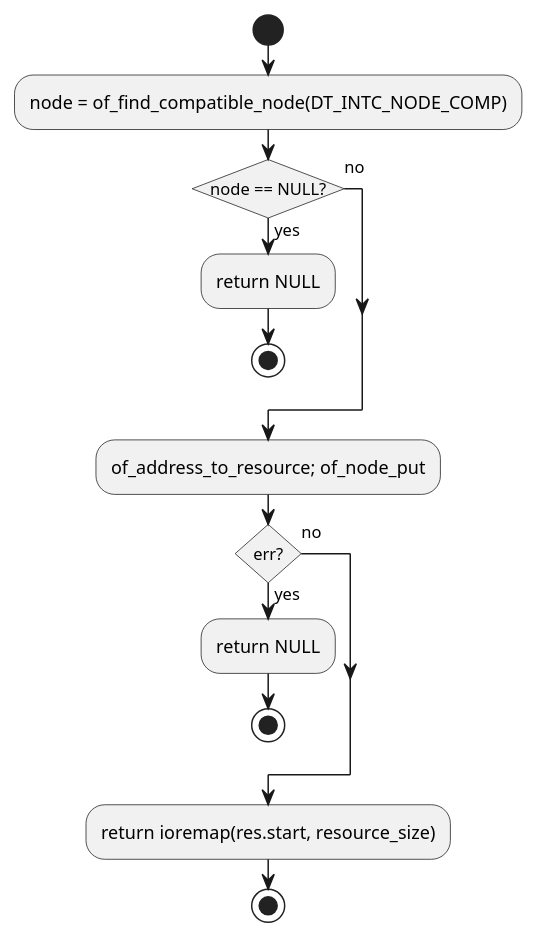
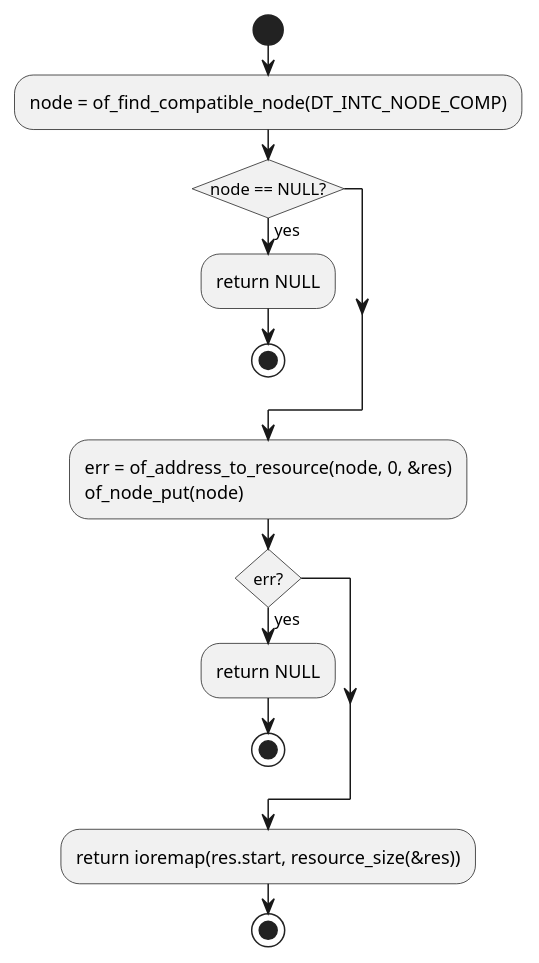
One commit to Mastang1/sad_sdd_proj changed the diagram in c1_sdd_linux-ipcs/cursor_tmp/flow_umls/linux_6_3_7_ipcsOsMapIntc.puml. Above: the diagram before and after it, drawn with PlantUML. The commit also changed 136 other files, not shown here.

```diff
--- a/c1_sdd_linux-ipcs/cursor_tmp/flow_umls/linux_6_3_7_ipcsOsMapIntc.puml
+++ b/c1_sdd_linux-ipcs/cursor_tmp/flow_umls/linux_6_3_7_ipcsOsMapIntc.puml
@@ -1,20 +1,18 @@
 @startuml
 !pragma layout smetana
 skinparam conditionStyle insideDiamond
 skinparam linetype ortho
 start
 :node = of_find_compatible_node(DT_INTC_NODE_COMP);
 if (node == NULL?) then (yes)
   :return NULL;
-  stop
-else (no)
+stop
 endif
-:of_address_to_resource; of_node_put;
+:err = of_address_to_resource(node, 0, &res)\nof_node_put(node);
 if (err?) then (yes)
   :return NULL;
-  stop
-else (no)
+stop
 endif
-:return ioremap(res.start, resource_size);
+:return ioremap(res.start, resource_size(&res));
 stop
 @enduml
```
